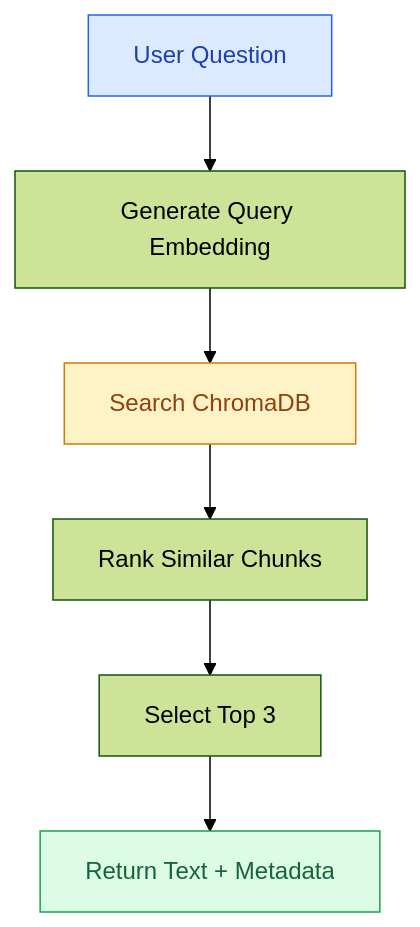
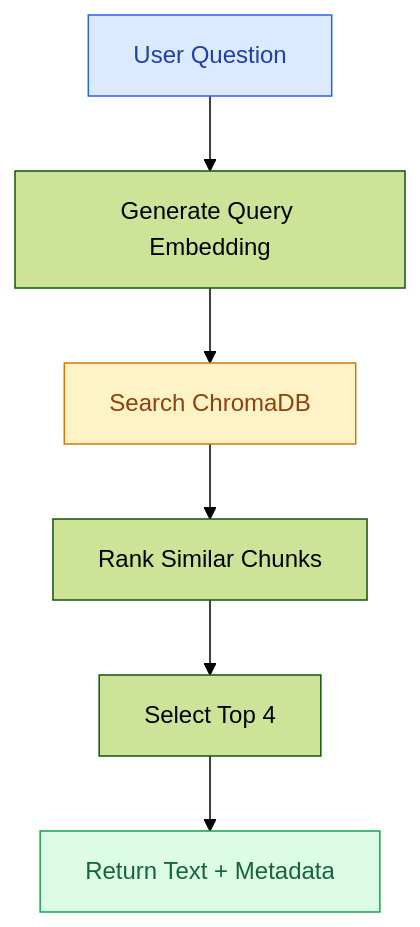
The fifth of 9 diagrams in 05-rag/README.md (qrtman/chatbot-levels), drawn with Mermaid (forest theme) before and after one commit. The commit also changed other lines of this file and 9 other files, not shown here.

````diff
--- a/05-rag/README.md
+++ b/05-rag/README.md
@@ -422,12 +422,12 @@
 ```mermaid
 flowchart TD
     A["User Question"] --> B["Generate Query Embedding"]
     B --> C["Search ChromaDB"]
     C --> D["Rank Similar Chunks"]
-    D --> E["Select Top 3"]
+    D --> E["Select Top 4"]
     E --> F["Return Text + Metadata"]
 
     style A fill:#dbeafe,stroke:#2563eb,color:#1e40af
     style C fill:#fef3c7,stroke:#d97706,color:#92400e
     style F fill:#dcfce7,stroke:#16a34a,color:#166534
 ```
````
